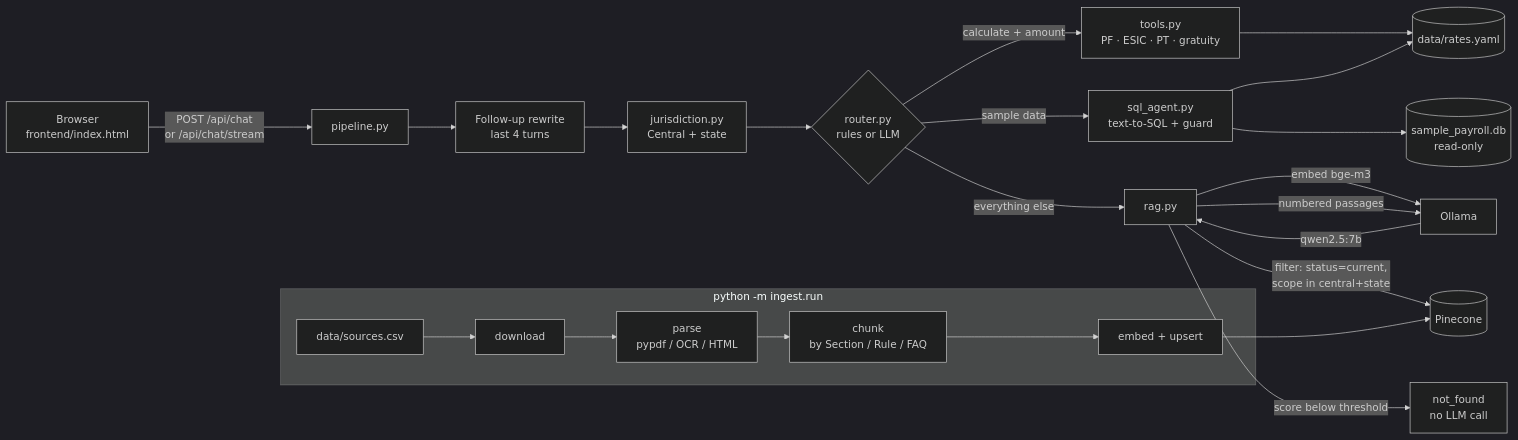
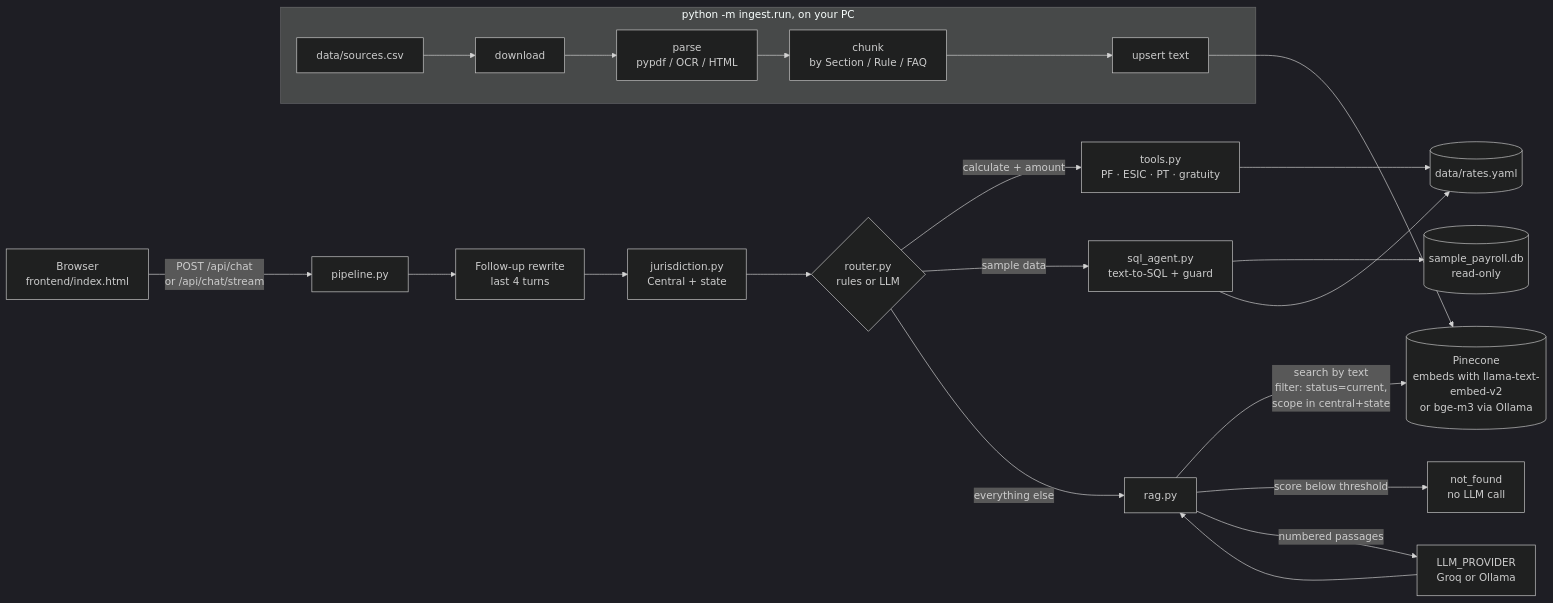
One commit to rushimakwana112-cpu/compliance-copilot-india changed the diagram in README.md. Above: the diagram before and after it, drawn with Mermaid (dark theme). The commit also changed other lines of this file and 3 other files, not shown here.

First line of the commit message:
Groq step 5: docs for two ways to run, Render deploy, env vars, phase 2 build log

````diff
--- a/README.md
+++ b/README.md
@@ -22,23 +22,22 @@
 ```mermaid
 flowchart LR
     U[Browser<br/>frontend/index.html] -->|POST /api/chat<br/>or /api/chat/stream| P[pipeline.py]
     P --> RW[Follow-up rewrite<br/>last 4 turns]
     RW --> J[jurisdiction.py<br/>Central + state]
     J --> R{router.py<br/>rules or LLM}
     R -->|calculate + amount| T[tools.py<br/>PF · ESIC · PT · gratuity]
     R -->|sample data| S[sql_agent.py<br/>text-to-SQL + guard]
     R -->|everything else| G[rag.py]
     T --> Y[(data/rates.yaml)]
     S --> DB[(sample_payroll.db<br/>read-only)]
     S --> Y
-    G -->|embed bge-m3| O[Ollama]
-    G -->|filter: status=current,<br/>scope in central+state| PC[(Pinecone)]
+    G -->|search by text<br/>filter: status=current,<br/>scope in central+state| PC[(Pinecone<br/>embeds with llama-text-embed-v2<br/>or bge-m3 via Ollama)]
     G -->|score below threshold| NF[not_found<br/>no LLM call]
-    G -->|numbered passages| O
-    O -->|qwen2.5:7b| G
+    G -->|numbered passages| O[LLM_PROVIDER<br/>Groq or Ollama]
+    O --> G
 
-    subgraph Ingestion [python -m ingest.run]
-      SRC[data/sources.csv] --> DL[download] --> PA[parse<br/>pypdf / OCR / HTML] --> CH[chunk<br/>by Section / Rule / FAQ] --> IX[embed + upsert]
+    subgraph Ingestion [python -m ingest.run, on your PC]
+      SRC[data/sources.csv] --> DL[download] --> PA[parse<br/>pypdf / OCR / HTML] --> CH[chunk<br/>by Section / Rule / FAQ] --> IX[upsert text]
     end
     IX --> PC
 ```
````
